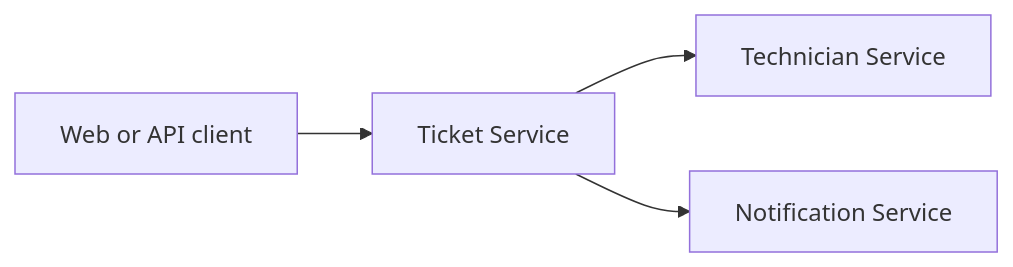
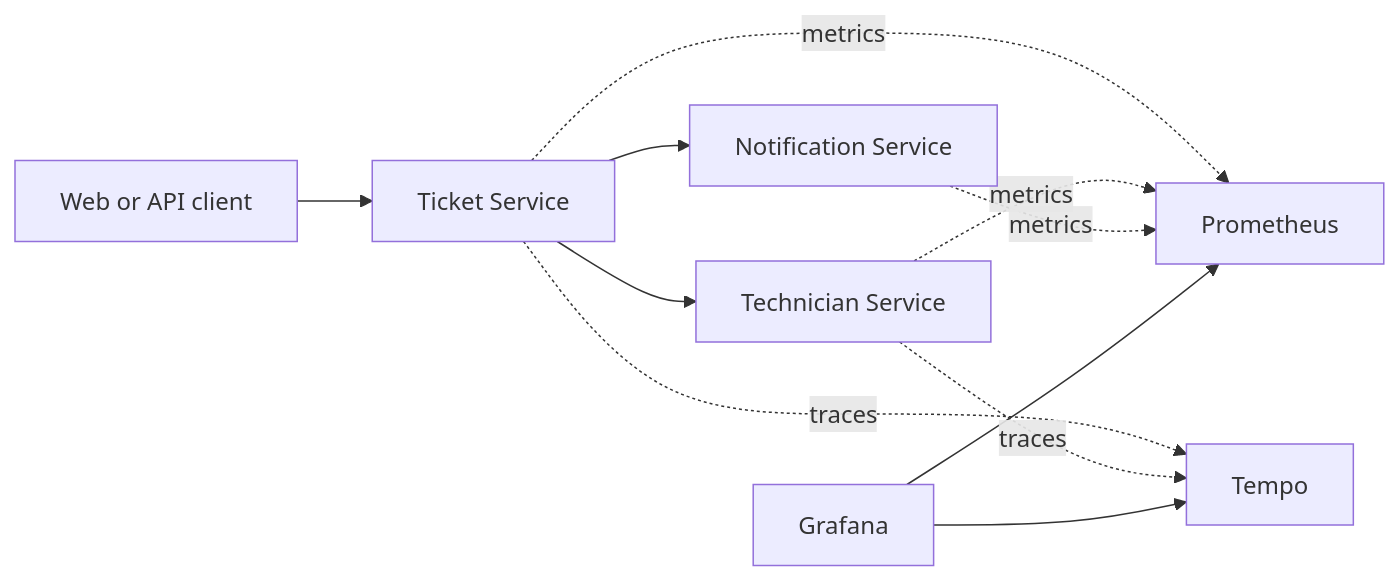
One commit to itqaanconsulting/servicedesk-cloud-platform changed the diagram in README.md. Above: the diagram before and after it, drawn with Mermaid. The commit also changed other lines of this file and 16 other files, not shown here.

````diff
--- a/README.md
+++ b/README.md
@@ -17,11 +17,21 @@
 ```mermaid
 flowchart LR
     Client["Web or API client"]
     Ticket["Ticket Service"]
     Technician["Technician Service"]
     Notification["Notification Service"]
+    Prometheus["Prometheus"]
+    Tempo["Tempo"]
+    Grafana["Grafana"]
 
     Client --> Ticket
     Ticket --> Technician
     Ticket --> Notification
+    Ticket -. metrics .-> Prometheus
+    Technician -. metrics .-> Prometheus
+    Notification -. metrics .-> Prometheus
+    Ticket -. traces .-> Tempo
+    Technician -. traces .-> Tempo
+    Grafana --> Prometheus
+    Grafana --> Tempo
 ```
````
